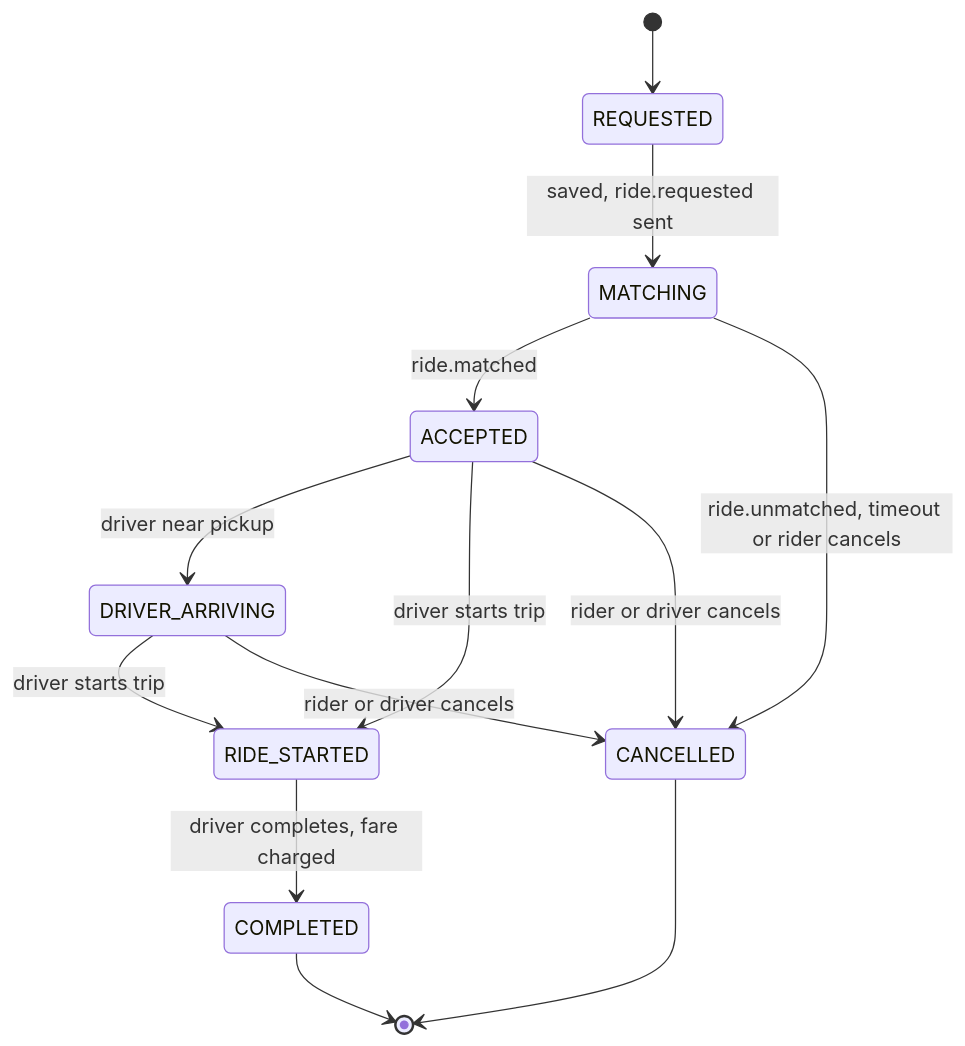
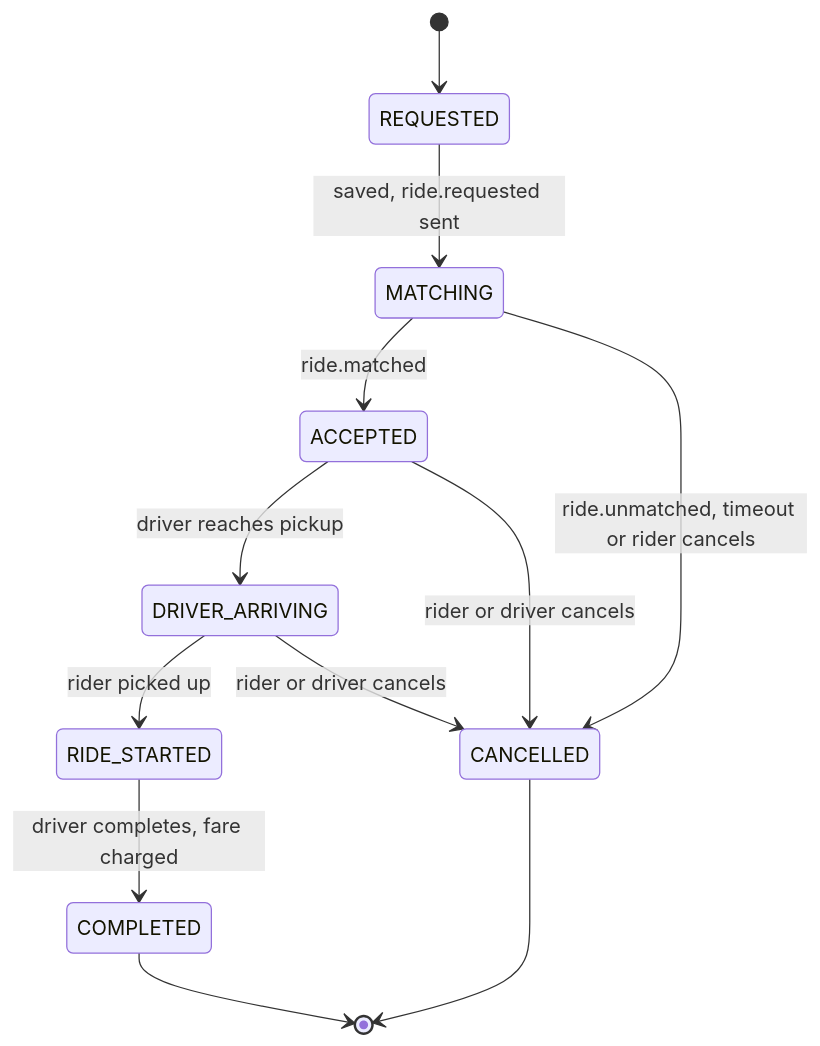
One commit to Ridzzz0Alam/rideSharing_system changed the seventh of 10 diagrams in README.md. Above: the diagram before and after it, drawn with Mermaid. The commit also changed other lines of this file and 11 other files, not shown here.

Commit message:
Enforce pickup-before-trip flow and polish the web app UI

````diff
--- a/README.md
+++ b/README.md
@@ -280,15 +280,14 @@
 ```mermaid
 stateDiagram-v2
     [*] --> REQUESTED
     REQUESTED --> MATCHING: saved, ride.requested sent
     MATCHING --> ACCEPTED: ride.matched
     MATCHING --> CANCELLED: ride.unmatched, timeout or rider cancels
-    ACCEPTED --> DRIVER_ARRIVING: driver near pickup
-    ACCEPTED --> RIDE_STARTED: driver starts trip
+    ACCEPTED --> DRIVER_ARRIVING: driver reaches pickup
     ACCEPTED --> CANCELLED: rider or driver cancels
-    DRIVER_ARRIVING --> RIDE_STARTED: driver starts trip
+    DRIVER_ARRIVING --> RIDE_STARTED: rider picked up
     DRIVER_ARRIVING --> CANCELLED: rider or driver cancels
     RIDE_STARTED --> COMPLETED: driver completes, fare charged
     COMPLETED --> [*]
     CANCELLED --> [*]
 ```
````
